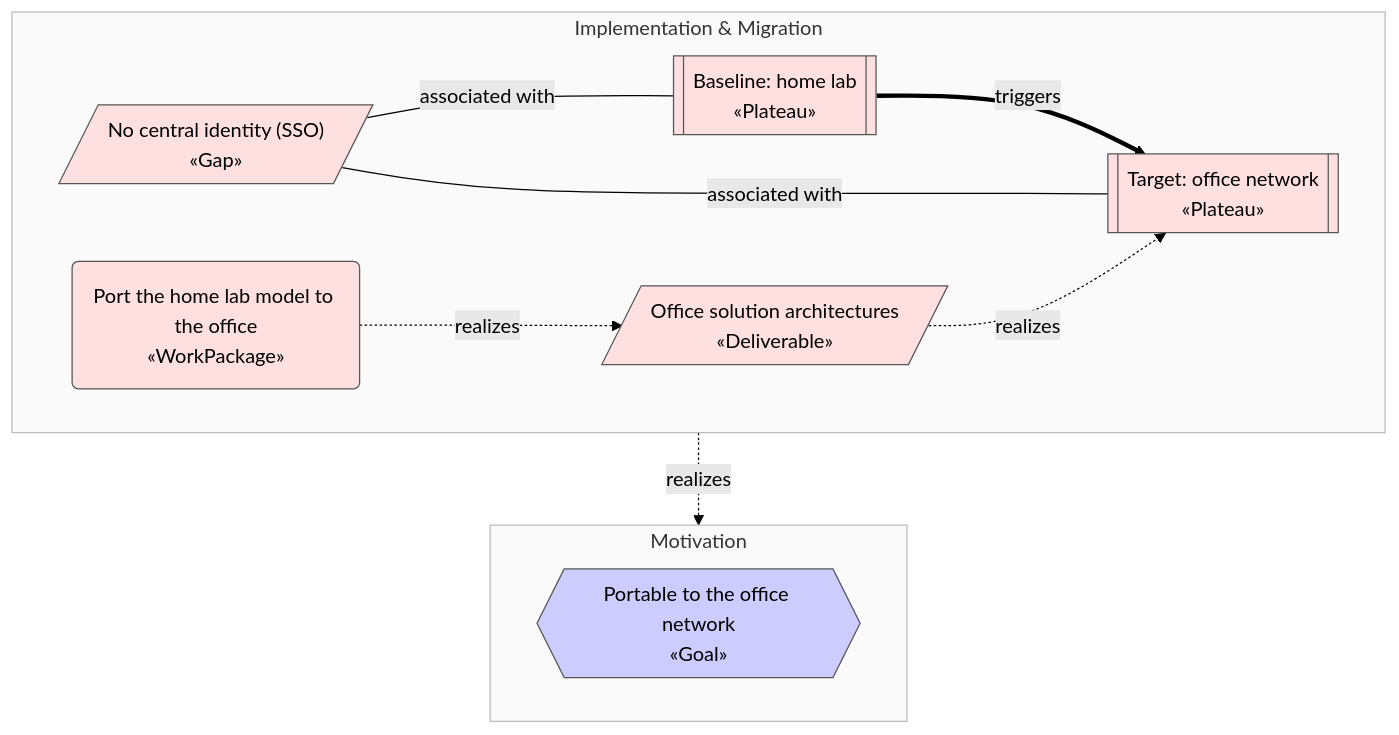
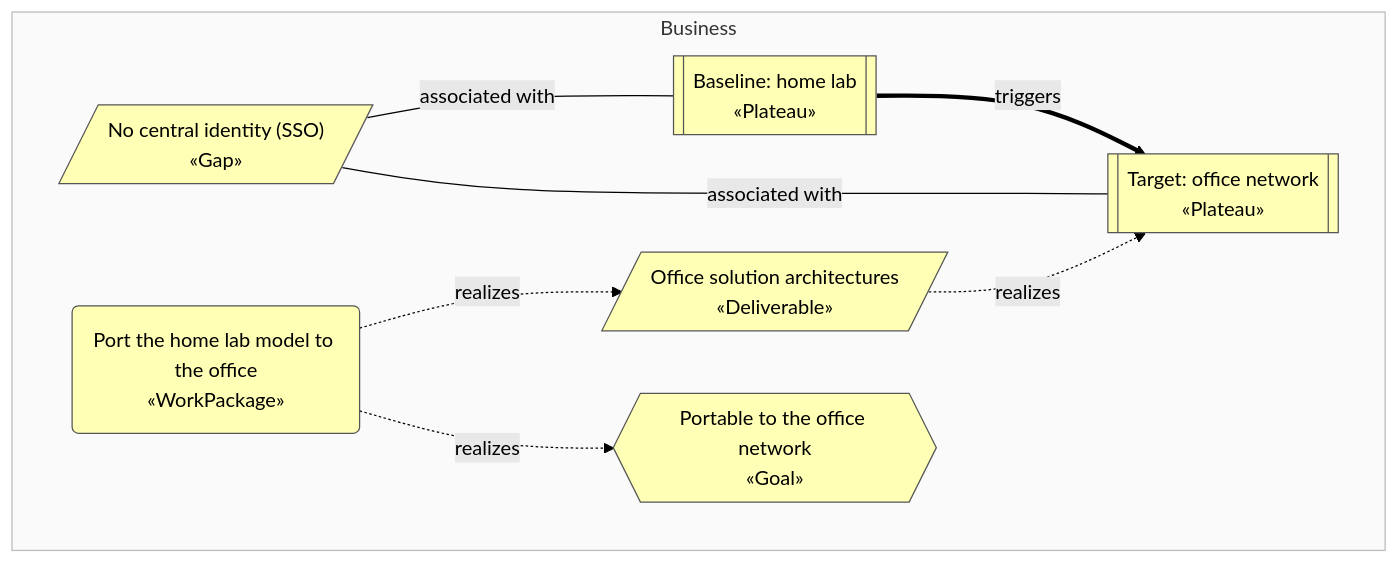
The diagram in docs/enterprise/view-migration.md (b-zig/a4m), drawn with Mermaid (forest theme) before and after one commit. The commit also changed other lines of this file and 83 other files, not shown here.

````diff
--- a/docs/enterprise/view-migration.md
+++ b/docs/enterprise/view-migration.md
@@ -6,27 +6,21 @@
 ```mermaid
 flowchart TB
-  subgraph layer_motivation["Motivation"]
+  subgraph layer_business["Business"]
     direction LR
-    mot_goal_portable{{"Portable to the office network<br/>«Goal»"}}
+    bus_goal_portable{{"Portable to the office network<br/>«Goal»"}}
+    bus_plateau_homelab[["Baseline: home lab<br/>«Plateau»"]]
+    bus_plateau_office[["Target: office network<br/>«Plateau»"]]
+    bus_gap_identity[/"No central identity (SSO)<br/>«Gap»"/]
+    bus_wp_office("Port the home lab model to the office<br/>«WorkPackage»")
+    bus_del_office_model[/"Office solution architectures<br/>«Deliverable»"/]
   end
-  subgraph layer_implementation["Implementation & Migration"]
-    direction LR
-    impl_plateau_homelab[["Baseline: home lab<br/>«Plateau»"]]
-    impl_plateau_office[["Target: office network<br/>«Plateau»"]]
-    impl_gap_identity[/"No central identity (SSO)<br/>«Gap»"/]
-    impl_wp_office("Port the home lab model to the office<br/>«WorkPackage»")
-    impl_del_office_model[/"Office solution architectures<br/>«Deliverable»"/]
-  end
-  impl_plateau_homelab ==>|"triggers"| impl_plateau_office
-  impl_gap_identity ---|"associated with"| impl_plateau_homelab
-  impl_gap_identity ---|"associated with"| impl_plateau_office
-  impl_wp_office -.->|"realizes"| impl_del_office_model
-  impl_del_office_model -.->|"realizes"| impl_plateau_office
-  impl_wp_office -.->|"realizes"| mot_goal_portable
-  classDef motivation fill:#CCCCFF,stroke:#555,color:#000
-  class mot_goal_portable motivation
-  style layer_motivation fill:#fafafa,stroke:#bbb
-  classDef implementation fill:#FFE0E0,stroke:#555,color:#000
-  class impl_plateau_homelab,impl_plateau_office,impl_gap_identity,impl_wp_office,impl_del_office_model implementation
-  style layer_implementation fill:#fafafa,stroke:#bbb
+  bus_plateau_homelab ==>|"triggers"| bus_plateau_office
+  bus_gap_identity ---|"associated with"| bus_plateau_homelab
+  bus_gap_identity ---|"associated with"| bus_plateau_office
+  bus_wp_office -.->|"realizes"| bus_del_office_model
+  bus_del_office_model -.->|"realizes"| bus_plateau_office
+  bus_wp_office -.->|"realizes"| bus_goal_portable
+  classDef business fill:#FFFFB5,stroke:#555,color:#000
+  class bus_goal_portable,bus_plateau_homelab,bus_plateau_office,bus_gap_identity,bus_wp_office,bus_del_office_model business
+  style layer_business fill:#fafafa,stroke:#bbb
 ```
````
